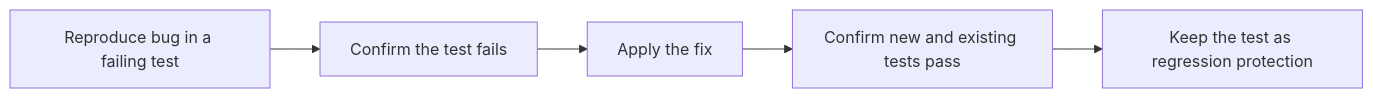
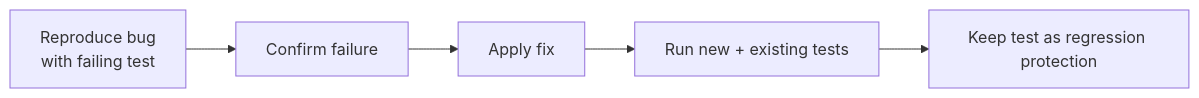
Before and after one commit to AvadhBhalodiya/Interview-Preparation: the second of 4 diagrams in src/content/testing/tdd.md, drawn with Mermaid. The commit also changed other lines of this file and 54 other files, not shown here.

````diff
--- a/src/content/testing/tdd.md
+++ b/src/content/testing/tdd.md
@@ -465,7 +371,7 @@
 ```mermaid
 flowchart LR
-    A[Reproduce bug in a failing test] --> B[Confirm the test fails]
-    B --> C[Apply the fix]
-    C --> D[Confirm new and existing tests pass]
-    D --> E[Keep the test as regression protection]
+    A[Reproduce bug<br/>with failing test] --> B[Confirm failure]
+    B --> C[Apply fix]
+    C --> D[Run new + existing tests]
+    D --> E[Keep test as regression protection]
 ```
````
